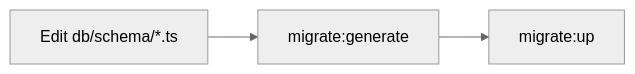
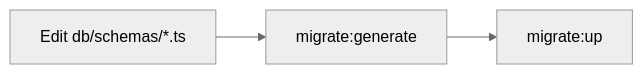
One commit to fadhlidev/workspace changed the second of 2 diagrams in README.md. Above: the diagram before and after it, drawn with Mermaid (neutral theme). The commit also changed other lines of this file and 50 other files, not shown here.

````diff
--- a/README.md
+++ b/README.md
@@ -79,5 +79,5 @@
 ```mermaid
 flowchart LR
-  A["Edit db/schema/*.ts"] --> B["migrate:generate"]
+  A["Edit db/schemas/*.ts"] --> B["migrate:generate"]
   B --> C["migrate:up"]
 ```
````
